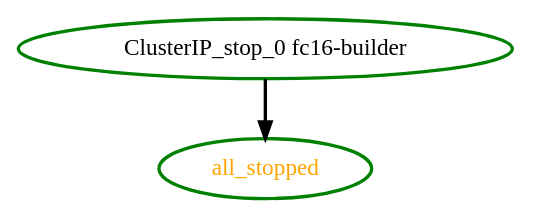
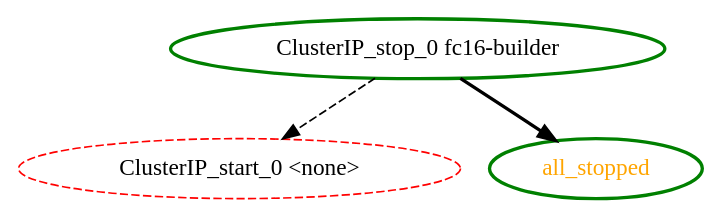
The diagram in pengine/test10/bug-1514-A-stop-B-started.dot (ClusterLabs/pacemaker), drawn with Graphviz before and after one commit. The commit also changed 9 other files, not shown here.

```diff
--- a/pengine/test10/bug-1514-A-stop-B-started.dot
+++ b/pengine/test10/bug-1514-A-stop-B-started.dot
@@ -1,5 +1,7 @@
 digraph "g" {
+"ClusterIP_start_0 <none>" [ style=dashed color="red" fontcolor="black"]
+"ClusterIP_stop_0 fc16-builder" -> "ClusterIP_start_0 <none>" [ style = dashed]
 "ClusterIP_stop_0 fc16-builder" -> "all_stopped" [ style = bold]
 "ClusterIP_stop_0 fc16-builder" [ style=bold color="green" fontcolor="black"]
 "all_stopped" [ style=bold color="green" fontcolor="orange"]
 }
```
